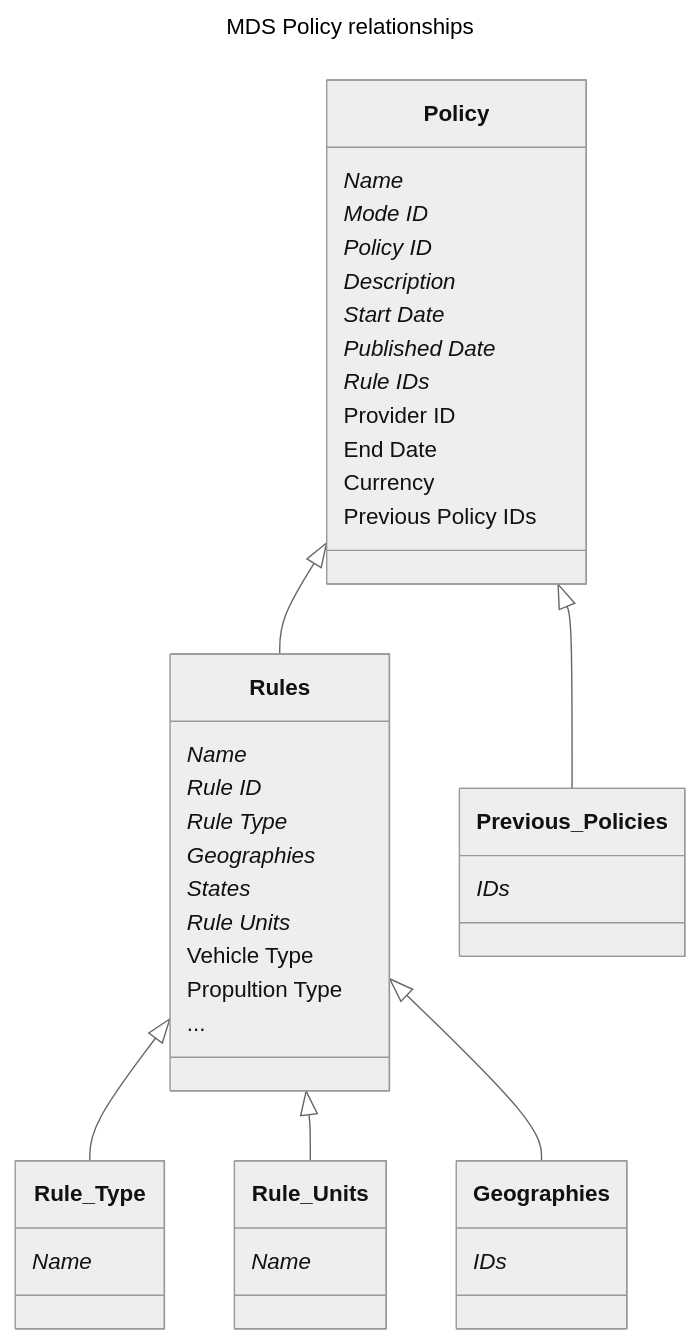
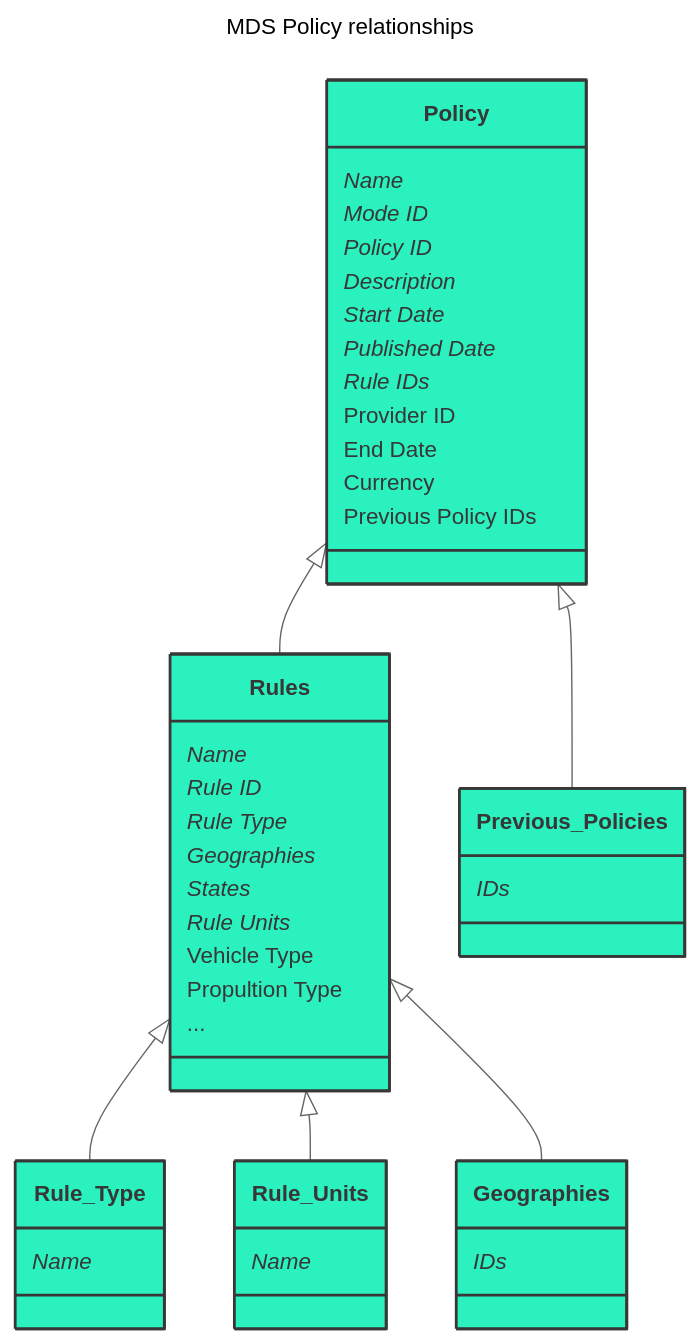
One commit to openmobilityfoundation/mobility-data-specification changed the diagram in policy/README.md. Above: the diagram before and after it, drawn with Mermaid (neutral theme).

Commit message:
Styled policy diagram

````diff
--- a/policy/README.md
+++ b/policy/README.md
@@ -474,47 +474,48 @@
 ```mermaid
 ---
 title: MDS Policy relationships
 ---
 classDiagram
     Policy <|-- Rules
     Policy <|-- Previous_Policies
     Rules <|-- Rule_Type
     Rules <|-- Rule_Units
     Rules <|-- Geographies
-    class Policy{
+    class Policy {
         Name *
         Mode ID * 
         Policy ID *
         Description *
         Start Date *
         Published Date *
         Rule IDs *
         Provider ID
         End Date
         Currency
         Previous Policy IDs
     }
     class Rules{
         Name *
         Rule ID *
         Rule Type *
         Geographies *
         States *
         Rule Units *
         Vehicle Type
         Propultion Type
         ...
     }
     class Rule_Units{
        Name *
     }
     class Rule_Type{
        Name *
     }
     class Previous_Policies{
        IDs *
     }
     class Geographies{
        IDs *
     }
+    classDef default color:#373737,fill:#2af1be,stroke:#373737,stroke-width:2px;
 ```
````
